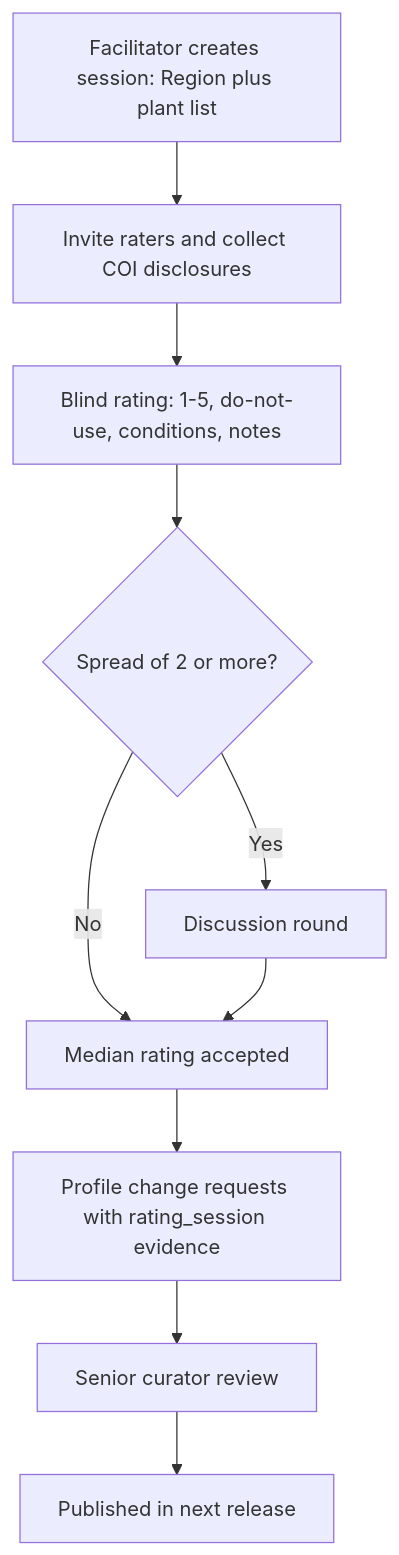
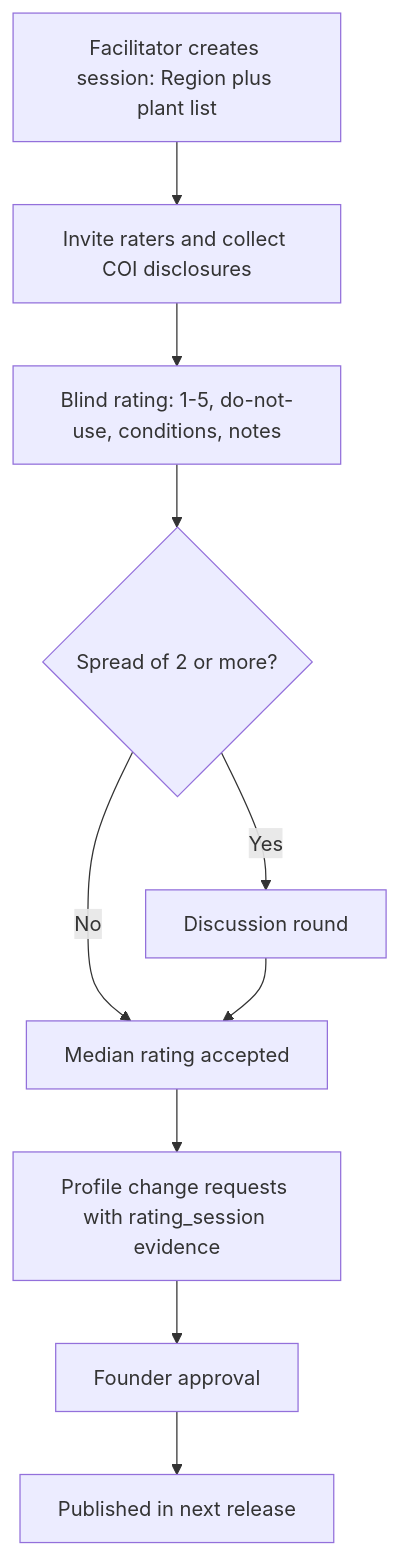
One commit to jdinard/landscape changed the eighth of 16 diagrams in docs/12-plant-knowledge-base.md. Above: the diagram before and after it, drawn with Mermaid. The commit also changed other lines of this file and 11 other files, not shown here.

````diff
--- a/docs/12-plant-knowledge-base.md
+++ b/docs/12-plant-knowledge-base.md
@@ -1218,12 +1223,12 @@
 ```mermaid
 flowchart TD
     A["Facilitator creates session: Region plus plant list"] --> B["Invite raters and collect COI disclosures"]
     B --> C["Blind rating: 1-5, do-not-use, conditions, notes"]
     C --> D{"Spread of 2 or more?"}
     D -- "Yes" --> E["Discussion round"]
     D -- "No" --> F["Median rating accepted"]
     E --> F
     F --> G["Profile change requests with rating_session evidence"]
-    G --> H["Senior curator review"]
+    G --> H["Founder approval"]
     H --> I["Published in next release"]
 ```
````
